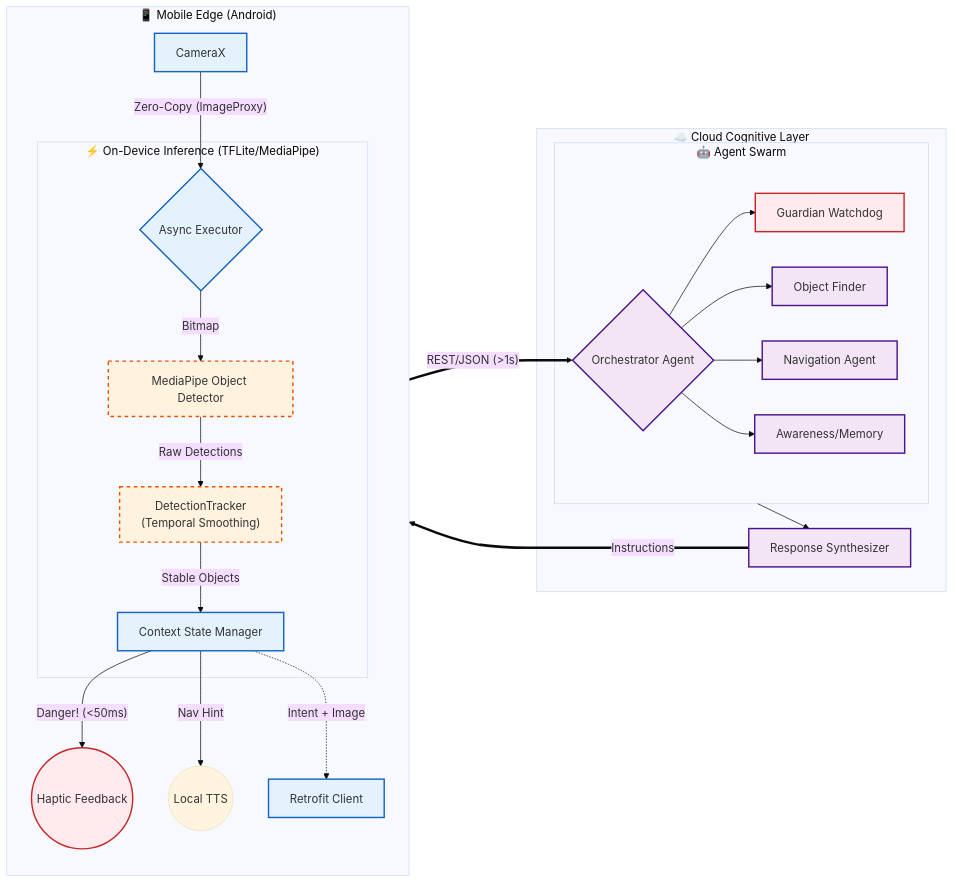
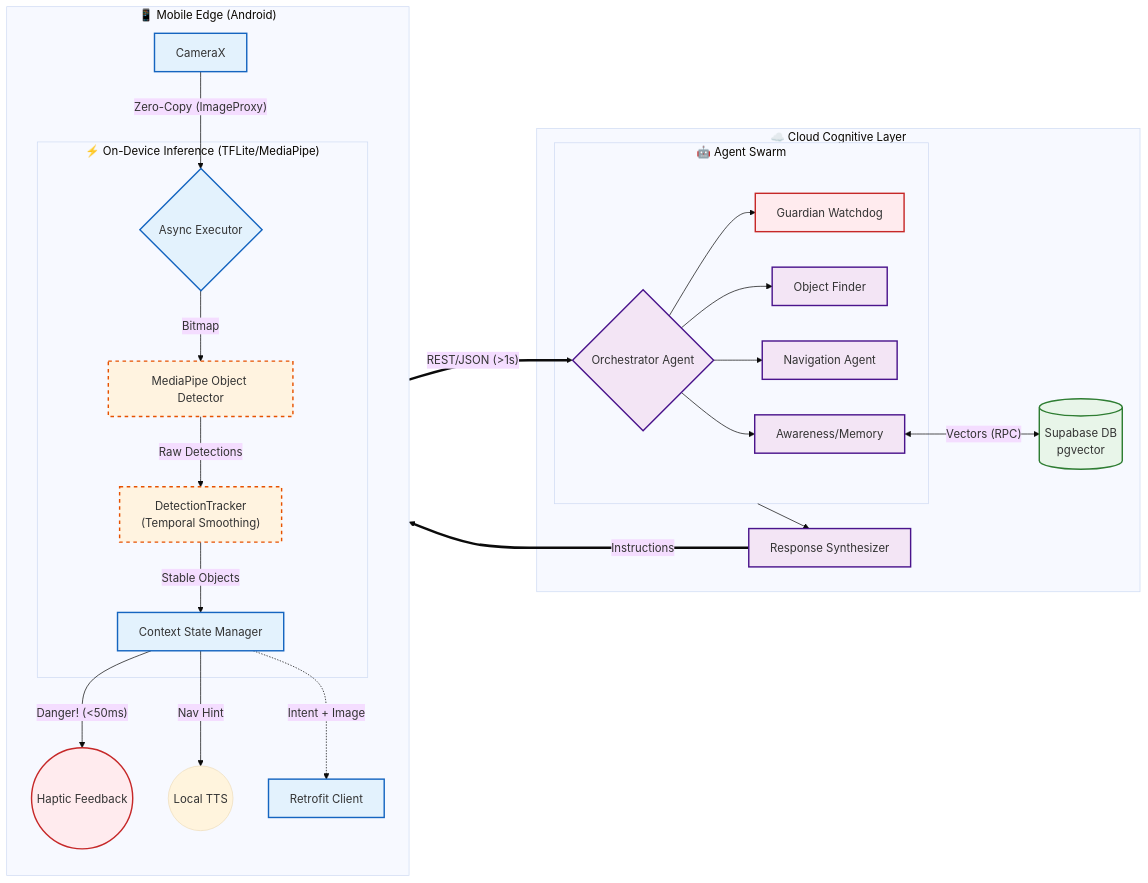
One commit to Amehran/BeMyEyes changed the diagram in architecture/SSOT_SYSTEM_ARCHITECTURE.md. Above: the diagram before and after it, drawn with Mermaid (base theme). The commit also changed other lines of this file and 1 other file, not shown here.

````diff
--- a/architecture/SSOT_SYSTEM_ARCHITECTURE.md
+++ b/architecture/SSOT_SYSTEM_ARCHITECTURE.md
@@ -18,52 +18,57 @@
 ```mermaid
 graph LR
     subgraph Edge ["📱 Mobile Edge (Android)"]
         direction TB
         
         %% Input Pipeline
         Camera[CameraX] -->|"Zero-Copy (ImageProxy)"| Executor{Async Executor}
         
         %% Local Inference Engine
         subgraph LocalAI ["⚡ On-Device Inference (TFLite/MediaPipe)"]
             Executor -->|"Bitmap"| MediaPipe[MediaPipe Object Detector]
             MediaPipe -->|"Raw Detections"| Tracker["DetectionTracker<br/>(Temporal Smoothing)"]
             Tracker -->|"Stable Objects"| StateManager[Context State Manager]
         end
         
         %% Outputs
         StateManager -->|"Danger! (<50ms)"| Haptics((Haptic Feedback))
         StateManager -->|"Nav Hint"| TTS((Local TTS))
         
         %% Network Bridge
         StateManager -.->|"Intent + Image"| Network[Retrofit Client]
     end
 
     subgraph Cloud ["☁️ Cloud Cognitive Layer"]
         Network ==>|"REST/JSON (>1s)"| Orchestrator{Orchestrator Agent}
         
         %% Cloud Agents
         subgraph Agents ["🤖 Agent Swarm"]
             Orchestrator --> Guardian[Guardian Watchdog]
             Orchestrator --> Finder[Object Finder]
             Orchestrator --> Nav[Navigation Agent]
             Orchestrator --> Awareness[Awareness/Memory]
         end
         
+        %% Persistence
+        Awareness <-->|"Vectors (RPC)"| Supabase[(Supabase DB<br/>pgvector)]
+
         %% Synthesis
         Agents --> Synthesizer[Response Synthesizer]
     end
 
     %% Closed Loop
     Synthesizer ==>|"Instructions"| TTS
     
     %% Styling
     classDef edge fill:#e3f2fd,stroke:#1565c0,stroke-width:2px;
     classDef ai fill:#fff3e0,stroke:#e65100,stroke-width:2px,stroke-dasharray: 5 5;
     classDef cloud fill:#f3e5f5,stroke:#4a148c,stroke-width:2px;
     classDef critical fill:#ffebee,stroke:#c62828,stroke-width:2px;
+    classDef db fill:#e8f5e9,stroke:#2e7d32,stroke-width:2px;
 
     class Camera,Executor,StateManager,Network edge;
     class MediaPipe,Tracker ai;
     class Orchestrator,Finder,Nav,Awareness,Synthesizer cloud;
     class Guardian,Haptics critical;
+    class Supabase db;
 ```
````
